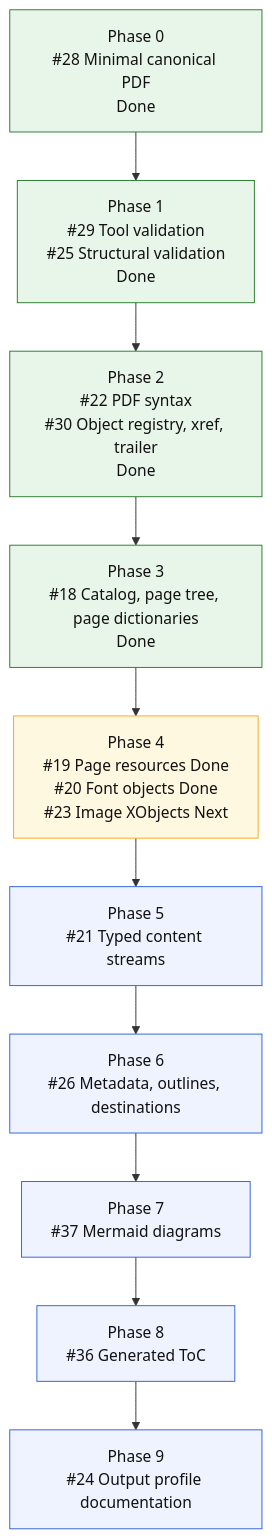
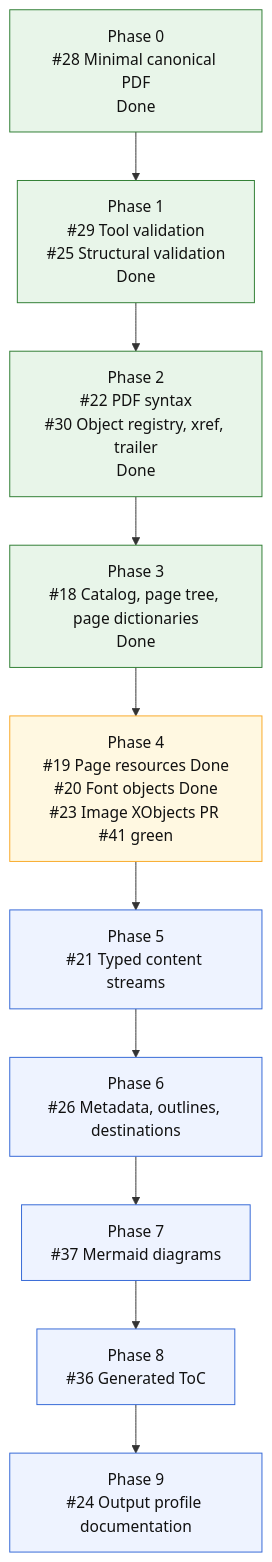
The diagram in README.md (mihaelamj/MarkdownPDF), drawn with Mermaid before and after one commit. The commit also changed 9 other files, not shown here.

First line of the commit message:
refactor(pdf): model image xobjects

````diff
--- a/README.md
+++ b/README.md
@@ -126,22 +126,22 @@
 ```mermaid
 flowchart TD
     P0["Phase 0<br/>#28 Minimal canonical PDF<br/>Done"]
     P1["Phase 1<br/>#29 Tool validation<br/>#25 Structural validation<br/>Done"]
     P2["Phase 2<br/>#22 PDF syntax<br/>#30 Object registry, xref, trailer<br/>Done"]
     P3["Phase 3<br/>#18 Catalog, page tree, page dictionaries<br/>Done"]
-    P4["Phase 4<br/>#19 Page resources Done<br/>#20 Font objects Done<br/>#23 Image XObjects Next"]
+    P4["Phase 4<br/>#19 Page resources Done<br/>#20 Font objects Done<br/>#23 Image XObjects PR #41 green"]
     P5["Phase 5<br/>#21 Typed content streams"]
     P6["Phase 6<br/>#26 Metadata, outlines, destinations"]
     P7["Phase 7<br/>#37 Mermaid diagrams"]
     P8["Phase 8<br/>#36 Generated ToC"]
     P9["Phase 9<br/>#24 Output profile documentation"]
 
     P0 --> P1 --> P2 --> P3 --> P4 --> P5 --> P6 --> P7 --> P8 --> P9
 
     classDef done fill:#e8f5e9,stroke:#2e7d32,color:#111;
     classDef next fill:#fff8e1,stroke:#f9a825,color:#111;
     classDef todo fill:#eef3ff,stroke:#3367d6,color:#111;
     class P0,P1,P2,P3 done;
     class P4 next;
     class P5,P6,P7,P8,P9 todo;
 ```
````
